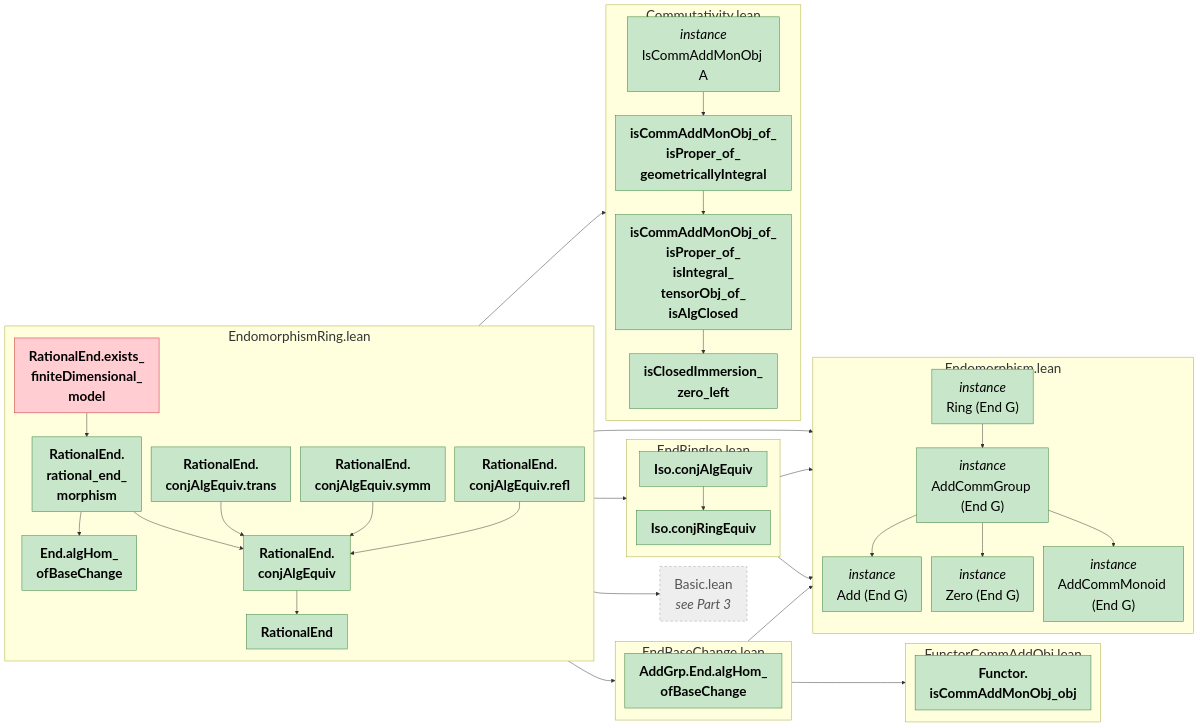
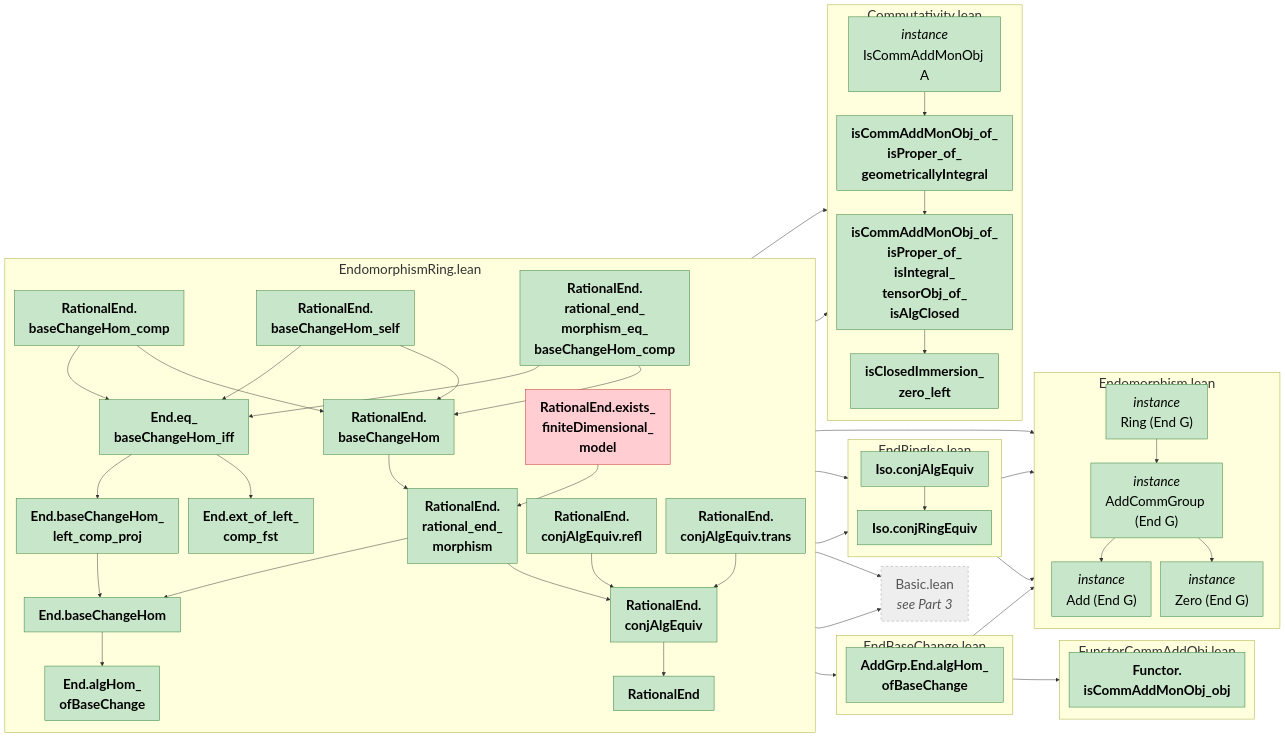
One commit to abhijitaj1997/CMAbelianVarieties changed the second of 4 diagrams in CMAbelianVarieties/MindMapStep2.md. Above: the diagram before and after it, drawn with Mermaid. The commit also changed other lines of this file and 4 other files, not shown here.

````diff
--- a/CMAbelianVarieties/MindMapStep2.md
+++ b/CMAbelianVarieties/MindMapStep2.md
@@ -143,13 +138,20 @@
   subgraph m_CMAbelianVarieties_AlgebraicGeometry_AbelianVarieties_Homomorphism_EndomorphismRing["EndomorphismRing.lean"]
     direction TB
     n_End_algHom_ofBaseChange["<b>End.algHom_<br/>ofBaseChange</b>"]
+    n_End_baseChangeHom["<b>End.baseChangeHom</b>"]
+    n_End_baseChangeHom_left_comp_proj["<b>End.baseChangeHom_<br/>left_comp_proj</b>"]
+    n_End_eq_baseChangeHom_iff["<b>End.eq_<br/>baseChangeHom_iff</b>"]
+    n_End_ext_of_left_comp_fst["<b>End.ext_of_left_<br/>comp_fst</b>"]
     n_RationalEnd["<b>RationalEnd</b>"]
+    n_RationalEnd_baseChangeHom["<b>RationalEnd.<br/>baseChangeHom</b>"]
+    n_RationalEnd_baseChangeHom_comp["<b>RationalEnd.<br/>baseChangeHom_comp</b>"]
+    n_RationalEnd_baseChangeHom_self["<b>RationalEnd.<br/>baseChangeHom_self</b>"]
     n_RationalEnd_conjAlgEquiv["<b>RationalEnd.<br/>conjAlgEquiv</b>"]
     n_RationalEnd_conjAlgEquiv_refl["<b>RationalEnd.<br/>conjAlgEquiv.refl</b>"]
-    n_RationalEnd_conjAlgEquiv_symm["<b>RationalEnd.<br/>conjAlgEquiv.symm</b>"]
     n_RationalEnd_conjAlgEquiv_trans["<b>RationalEnd.<br/>conjAlgEquiv.trans</b>"]
     n_RationalEnd_exists_finiteDimensional_model["<b>RationalEnd.exists_<br/>finiteDimensional_<br/>model</b>"]
     n_RationalEnd_rational_end_morphism["<b>RationalEnd.<br/>rational_end_<br/>morphism</b>"]
+    n_RationalEnd_rational_end_morphism_eq_baseChangeHom_comp["<b>RationalEnd.<br/>rational_end_<br/>morphism_eq_<br/>baseChangeHom_comp</b>"]
   end
   subgraph m_CMAbelianVarieties_ForMathlib_Endomorphism["Endomorphism.lean"]
     direction TB
@@ -157,7 +159,6 @@
     n_AddGrp_End_instAddEndAddGrpOfIsCommAddMonObjX_cMAbelianVarieties["<i>instance</i><br/>Add (End G)"]
     n_AddGrp_End_instRingEndAddGrpOfIsCommAddMonObjX_cMAbelianVarieties["<i>instance</i><br/>Ring (End G)"]
     n_AddGrp_End_instZeroEndAddGrp_cMAbelianVarieties["<i>instance</i><br/>Zero (End G)"]
-    n_AddMon_End_instAddCommMonoidEndAddMonOfIsCommAddMonObjX_cMAbelianVarieties["<i>instance</i><br/>AddCommMonoid (End G)"]
   end
   subgraph m_CMAbelianVarieties_ForMathlib_FunctorCommAddObj["FunctorCommAddObj.lean"]
     direction TB
@@ -169,32 +170,44 @@
   n_AddGrp_End_algHom_ofBaseChange --> n_Functor_isCommAddMonObj_obj
   n_AddGrp_End_instAddCommGroupEndAddGrpOfIsCommAddMonObjX_cMAbelianVarieties --> n_AddGrp_End_instAddEndAddGrpOfIsCommAddMonObjX_cMAbelianVarieties
   n_AddGrp_End_instAddCommGroupEndAddGrpOfIsCommAddMonObjX_cMAbelianVarieties --> n_AddGrp_End_instZeroEndAddGrp_cMAbelianVarieties
-  n_AddGrp_End_instAddCommGroupEndAddGrpOfIsCommAddMonObjX_cMAbelianVarieties --> n_AddMon_End_instAddCommMonoidEndAddMonOfIsCommAddMonObjX_cMAbelianVarieties
   n_AddGrp_End_instRingEndAddGrpOfIsCommAddMonObjX_cMAbelianVarieties --> n_AddGrp_End_instAddCommGroupEndAddGrpOfIsCommAddMonObjX_cMAbelianVarieties
   n_AlgebraicGeometry_isCommAddMonObj_of_isProper_of_geometricallyIntegral --> n_AlgebraicGeometry_isCommAddMonObj_of_isProper_of_isIntegral_tensorObj_of_isAlgClosed
   n_AlgebraicGeometry_isCommAddMonObj_of_isProper_of_isIntegral_tensorObj_of_isAlgClosed --> n_AlgebraicGeometry_isClosedImmersion_zero_left
   n_CategoryTheory_Iso_conjAlgEquiv --> n_AddGrp_End_instRingEndAddGrpOfIsCommAddMonObjX_cMAbelianVarieties
   n_CategoryTheory_Iso_conjAlgEquiv --> n_CategoryTheory_Iso_conjRingEquiv
   n_CategoryTheory_Iso_conjRingEquiv --> n_AddGrp_End_instAddEndAddGrpOfIsCommAddMonObjX_cMAbelianVarieties
+  n_End_algHom_ofBaseChange --> n_AddGrp_End_algHom_ofBaseChange
+  n_End_algHom_ofBaseChange --> x_CMAbelianVarieties_AlgebraicGeometry_Basic
+  n_End_baseChangeHom --> n_CategoryTheory_Iso_conjAlgEquiv
+  n_End_baseChangeHom --> n_End_algHom_ofBaseChange
+  n_End_baseChangeHom --> n_instIsCommAddMonObjOverSchemeSpecOf_cMAbelianVarieties
+  n_End_baseChangeHom_left_comp_proj --> n_End_baseChangeHom
+  n_End_eq_baseChangeHom_iff --> n_End_baseChangeHom_left_comp_proj
+  n_End_eq_baseChangeHom_iff --> n_End_ext_of_left_comp_fst
+  n_End_ext_of_left_comp_fst --> x_CMAbelianVarieties_AlgebraicGeometry_Basic
   n_RationalEnd --> n_AddGrp_End_instRingEndAddGrpOfIsCommAddMonObjX_cMAbelianVarieties
   n_RationalEnd --> n_instIsCommAddMonObjOverSchemeSpecOf_cMAbelianVarieties
-  n_End_algHom_ofBaseChange --> n_AddGrp_End_algHom_ofBaseChange
-  n_End_algHom_ofBaseChange --> x_CMAbelianVarieties_AlgebraicGeometry_Basic
+  n_RationalEnd_baseChangeHom --> n_RationalEnd_rational_end_morphism
+  n_RationalEnd_baseChangeHom_comp --> n_End_eq_baseChangeHom_iff
+  n_RationalEnd_baseChangeHom_comp --> n_RationalEnd_baseChangeHom
+  n_RationalEnd_baseChangeHom_self --> n_End_eq_baseChangeHom_iff
+  n_RationalEnd_baseChangeHom_self --> n_RationalEnd_baseChangeHom
   n_RationalEnd_conjAlgEquiv --> n_CategoryTheory_Iso_conjAlgEquiv
   n_RationalEnd_conjAlgEquiv --> n_RationalEnd
   n_RationalEnd_conjAlgEquiv_refl --> n_RationalEnd_conjAlgEquiv
-  n_RationalEnd_conjAlgEquiv_symm --> n_RationalEnd_conjAlgEquiv
   n_RationalEnd_conjAlgEquiv_trans --> n_RationalEnd_conjAlgEquiv
   n_RationalEnd_exists_finiteDimensional_model --> n_RationalEnd_rational_end_morphism
-  n_RationalEnd_rational_end_morphism --> n_End_algHom_ofBaseChange
+  n_RationalEnd_rational_end_morphism --> n_End_baseChangeHom
   n_RationalEnd_rational_end_morphism --> n_RationalEnd_conjAlgEquiv
+  n_RationalEnd_rational_end_morphism_eq_baseChangeHom_comp --> n_End_eq_baseChangeHom_iff
+  n_RationalEnd_rational_end_morphism_eq_baseChangeHom_comp --> n_RationalEnd_baseChangeHom
   n_instIsCommAddMonObjOverSchemeSpecOf_cMAbelianVarieties --> n_AlgebraicGeometry_isCommAddMonObj_of_isProper_of_geometricallyIntegral
 
   classDef ok fill:#c8e6c9,stroke:#2e7d32,color:#000
   classDef bad fill:#ffcdd2,stroke:#c62828,color:#000
   classDef main fill:#ffd54f,stroke:#b8860b,stroke-width:3px,color:#000
   classDef ext fill:#eeeeee,stroke:#9e9e9e,stroke-dasharray:5 5,color:#555
-  class n_AddGrp_End_algHom_ofBaseChange,n_AddGrp_End_instAddCommGroupEndAddGrpOfIsCommAddMonObjX_cMAbelianVarieties,n_AddGrp_End_instAddEndAddGrpOfIsCommAddMonObjX_cMAbelianVarieties,n_AddGrp_End_instRingEndAddGrpOfIsCommAddMonObjX_cMAbelianVarieties,n_AddGrp_End_instZeroEndAddGrp_cMAbelianVarieties,n_AddMon_End_instAddCommMonoidEndAddMonOfIsCommAddMonObjX_cMAbelianVarieties,n_AlgebraicGeometry_isClosedImmersion_zero_left,n_AlgebraicGeometry_isCommAddMonObj_of_isProper_of_geometricallyIntegral,n_AlgebraicGeometry_isCommAddMonObj_of_isProper_of_isIntegral_tensorObj_of_isAlgClosed,n_CategoryTheory_Iso_conjAlgEquiv,n_CategoryTheory_Iso_conjRingEquiv,n_End_algHom_ofBaseChange,n_Functor_isCommAddMonObj_obj,n_RationalEnd,n_RationalEnd_conjAlgEquiv,n_RationalEnd_conjAlgEquiv_refl,n_RationalEnd_conjAlgEquiv_symm,n_RationalEnd_conjAlgEquiv_trans,n_RationalEnd_rational_end_morphism,n_instIsCommAddMonObjOverSchemeSpecOf_cMAbelianVarieties ok
+  class n_AddGrp_End_algHom_ofBaseChange,n_AddGrp_End_instAddCommGroupEndAddGrpOfIsCommAddMonObjX_cMAbelianVarieties,n_AddGrp_End_instAddEndAddGrpOfIsCommAddMonObjX_cMAbelianVarieties,n_AddGrp_End_instRingEndAddGrpOfIsCommAddMonObjX_cMAbelianVarieties,n_AddGrp_End_instZeroEndAddGrp_cMAbelianVarieties,n_AlgebraicGeometry_isClosedImmersion_zero_left,n_AlgebraicGeometry_isCommAddMonObj_of_isProper_of_geometricallyIntegral,n_AlgebraicGeometry_isCommAddMonObj_of_isProper_of_isIntegral_tensorObj_of_isAlgClosed,n_CategoryTheory_Iso_conjAlgEquiv,n_CategoryTheory_Iso_conjRingEquiv,n_End_algHom_ofBaseChange,n_End_baseChangeHom,n_End_baseChangeHom_left_comp_proj,n_End_eq_baseChangeHom_iff,n_End_ext_of_left_comp_fst,n_Functor_isCommAddMonObj_obj,n_RationalEnd,n_RationalEnd_baseChangeHom,n_RationalEnd_baseChangeHom_comp,n_RationalEnd_baseChangeHom_self,n_RationalEnd_conjAlgEquiv,n_RationalEnd_conjAlgEquiv_refl,n_RationalEnd_conjAlgEquiv_trans,n_RationalEnd_rational_end_morphism,n_RationalEnd_rational_end_morphism_eq_baseChangeHom_comp,n_instIsCommAddMonObjOverSchemeSpecOf_cMAbelianVarieties ok
   class n_RationalEnd_exists_finiteDimensional_model bad
   class x_CMAbelianVarieties_AlgebraicGeometry_Basic ext
 ```
````
